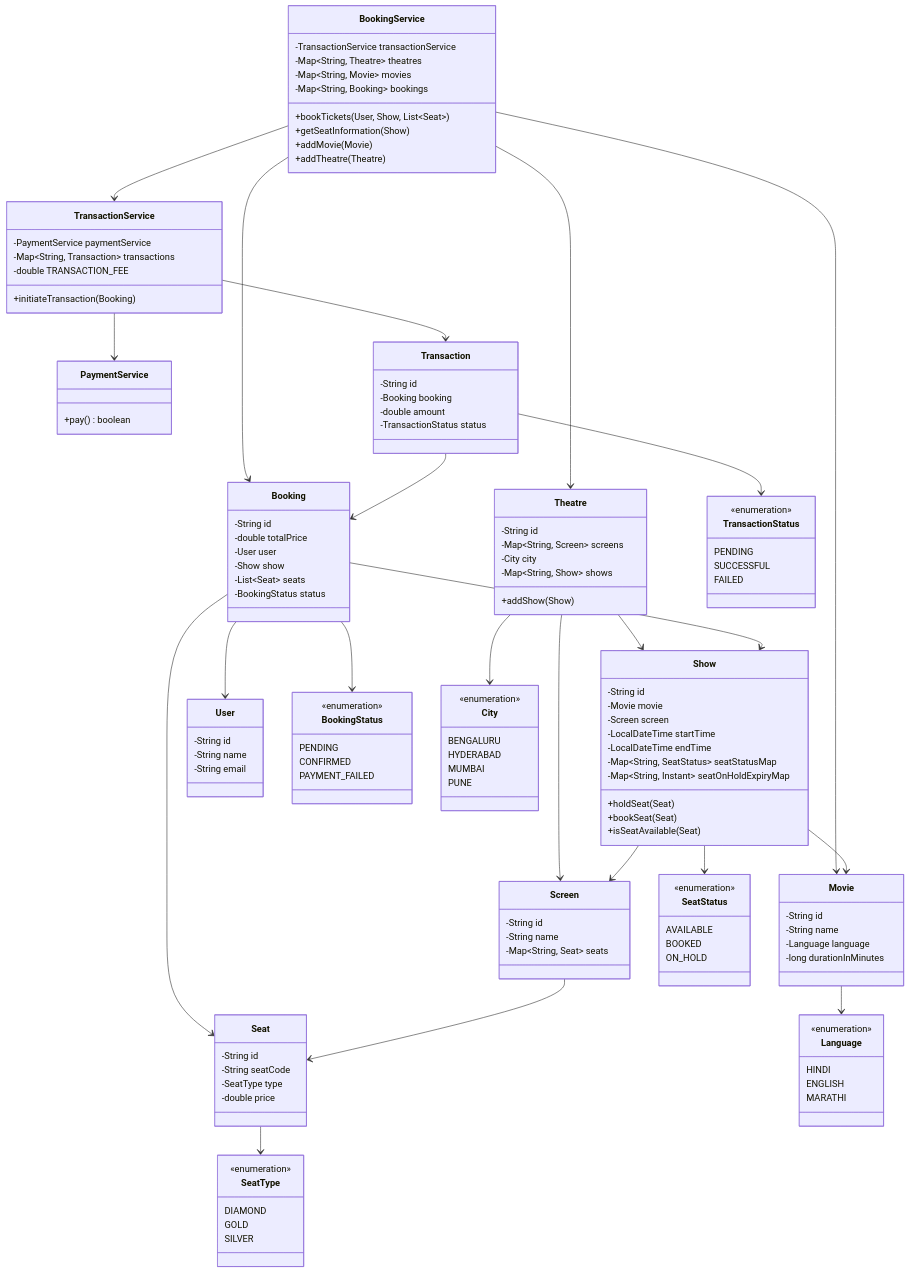
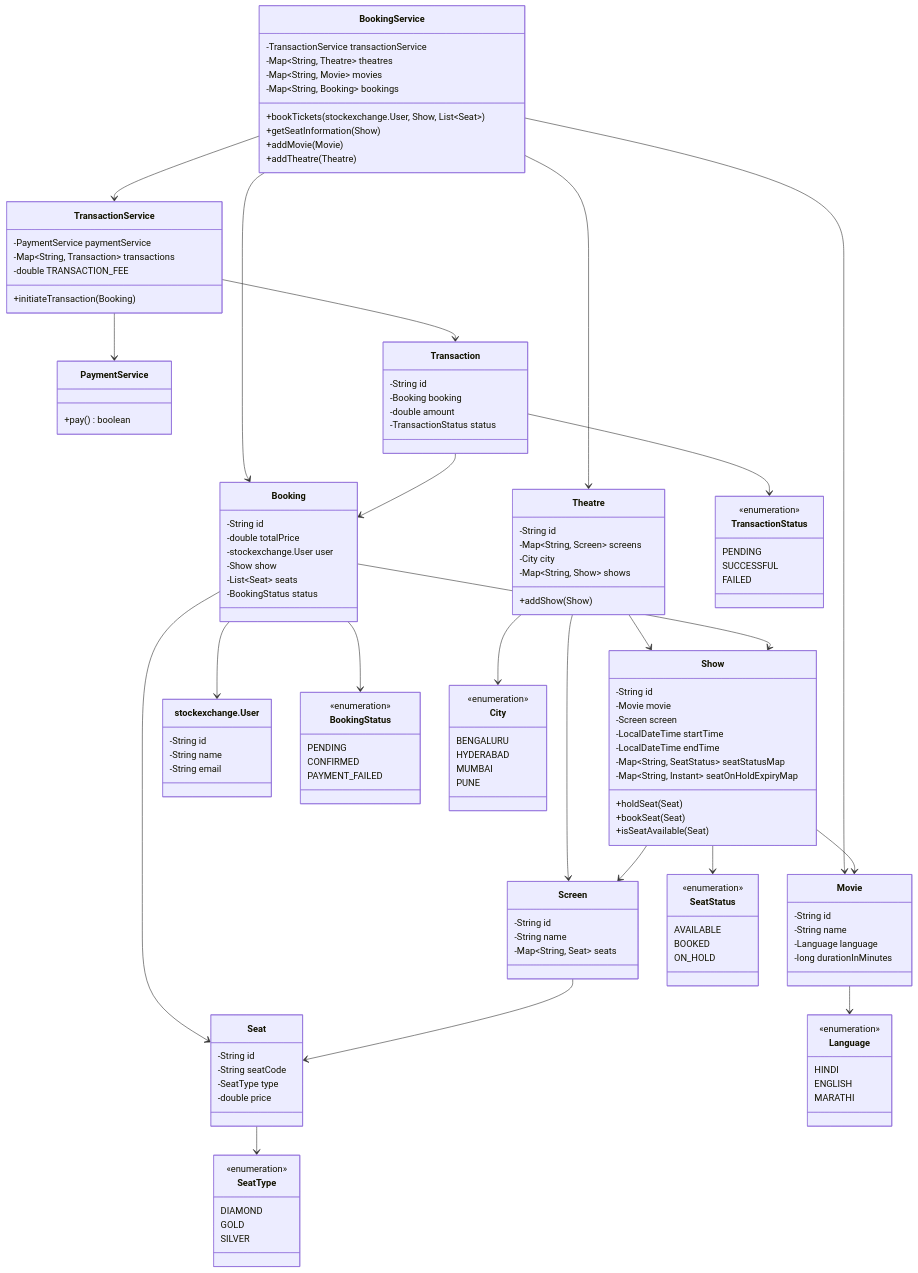
The second of 2 diagrams in solutions/bookmyshow/src/notes.md (shafique-md18/low-level-design), drawn with Mermaid before and after one commit. The commit also changed other lines of this file and 14 other files, not shown here.

```diff
--- a/solutions/bookmyshow/src/notes.md
+++ b/solutions/bookmyshow/src/notes.md
@@ -86,7 +86,7 @@
         -Map~String, Theatre~ theatres
         -Map~String, Movie~ movies
         -Map~String, Booking~ bookings
-        +bookTickets(User, Show, List~Seat~)
+        +bookTickets(stockexchange.User, Show, List~Seat~)
         +getSeatInformation(Show)
         +addMovie(Movie)
         +addTheatre(Theatre)
@@ -133,7 +133,7 @@
     class Booking {
         -String id
         -double totalPrice
-        -User user
+        -stockexchange.User user
         -Show show
         -List~Seat~ seats
         -BookingStatus status
@@ -153,7 +153,7 @@
         -TransactionStatus status
     }
 
-    class User {
+    class stockexchange.User {
         -String id
         -String name
         -String email
@@ -224,7 +224,7 @@
     Show --> Movie
     Show --> SeatStatus
     Booking --> Show
-    Booking --> User
+    Booking --> stockexchange.User
     Booking --> Seat
     Booking --> BookingStatus
     Transaction --> Booking
```
